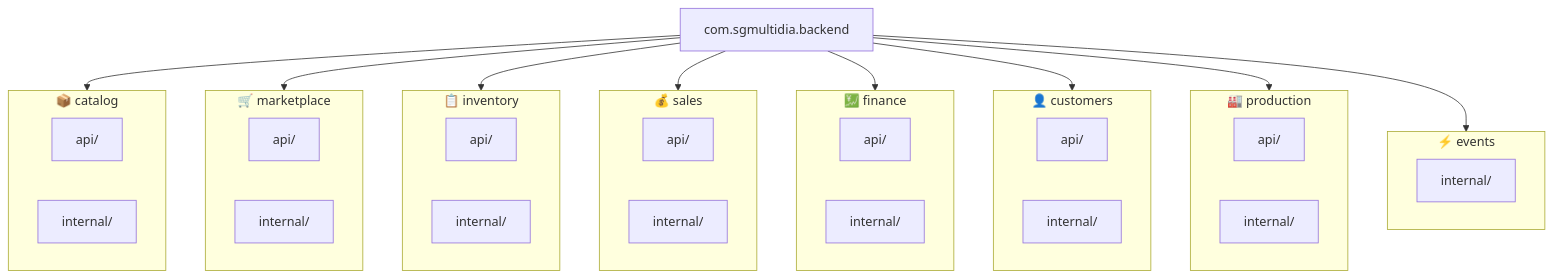
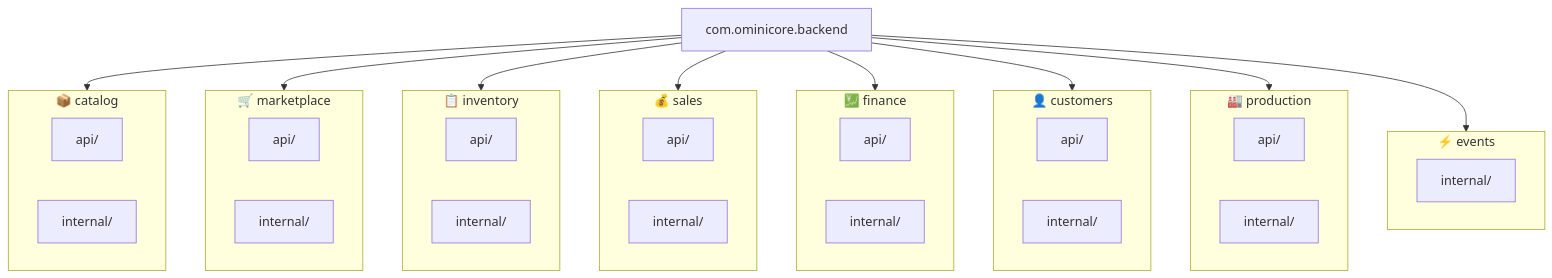
Before and after one commit to jhowzin-dev/ERP: the first of 19 diagrams in README.md, drawn with Mermaid. The commit also changed other lines of this file and 18 other files, not shown here.

````diff
--- a/README.md
+++ b/README.md
@@ -115,52 +115,52 @@
 ```mermaid
 flowchart TB
-    ROOT["com.sgmultidia.backend"]
+    ROOT["com.ominicore.backend"]
 
     subgraph catalog["📦 catalog"]
         C_API["api/"]
         C_INT["internal/"]
     end
 
     subgraph marketplace["🛒 marketplace"]
         M_API["api/"]
         M_INT["internal/"]
     end
 
     subgraph inventory["📋 inventory"]
         I_API["api/"]
         I_INT["internal/"]
     end
 
     subgraph sales["💰 sales"]
         S_API["api/"]
         S_INT["internal/"]
     end
 
     subgraph finance["💹 finance"]
         F_API["api/"]
         F_INT["internal/"]
     end
 
     subgraph customers["👤 customers"]
         CU_API["api/"]
         CU_INT["internal/"]
     end
 
     subgraph production["🏭 production"]
         P_API["api/"]
         P_INT["internal/"]
     end
 
     subgraph events["⚡ events"]
         E_INT["internal/"]
     end
 
     ROOT --> catalog
     ROOT --> marketplace
     ROOT --> inventory
     ROOT --> sales
     ROOT --> finance
     ROOT --> customers
     ROOT --> production
     ROOT --> events
 ```
````
